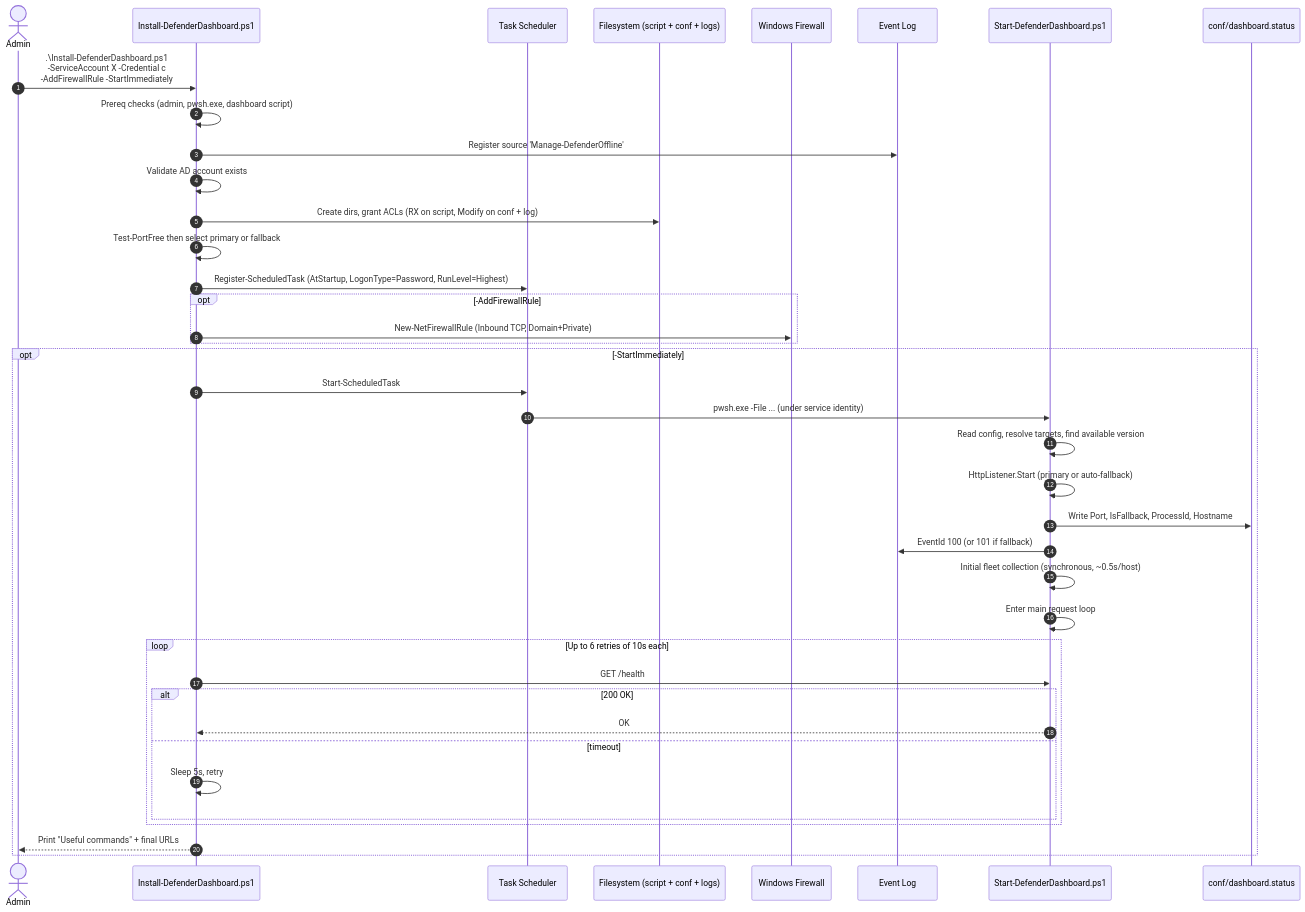
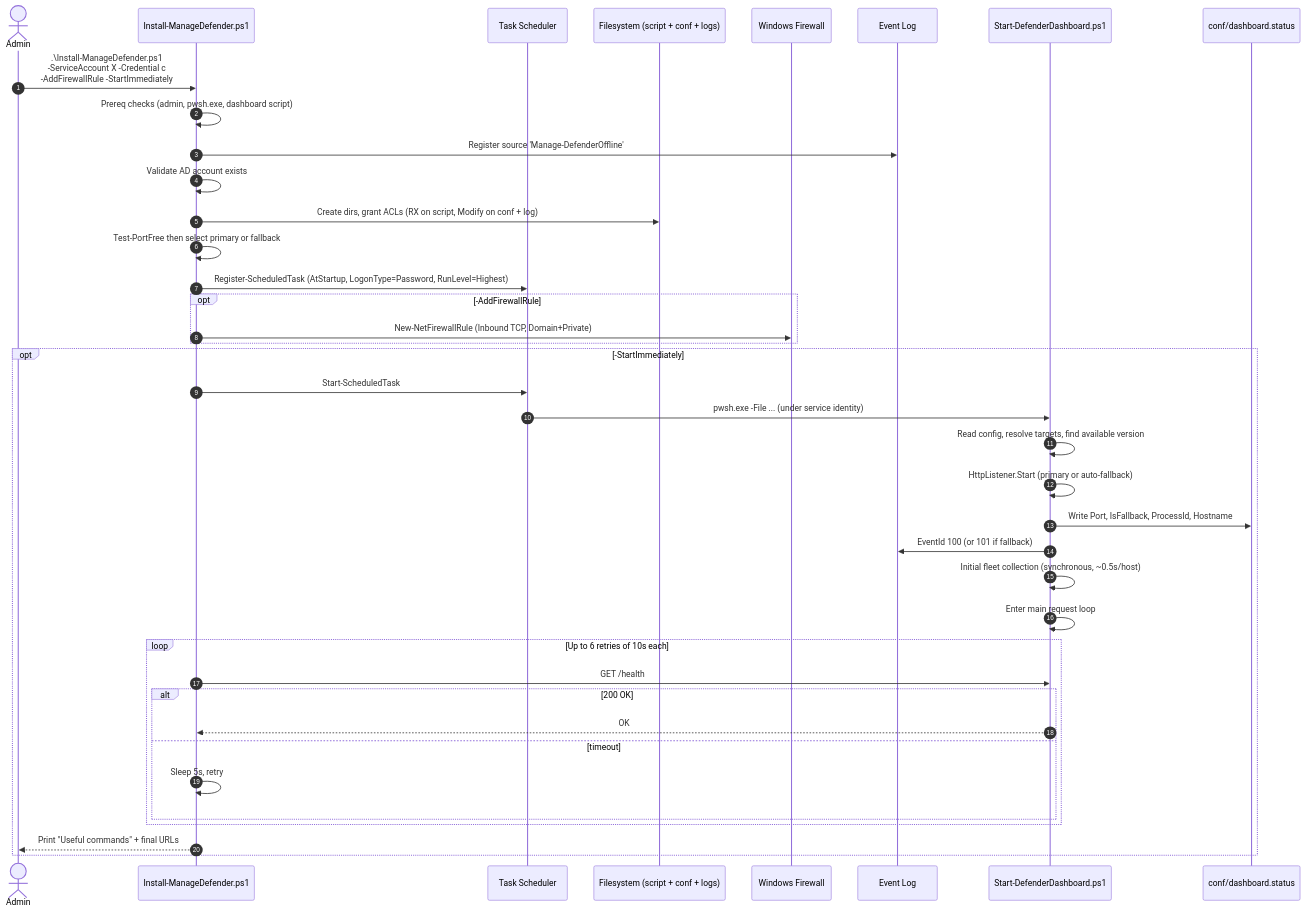
One commit to kismetgerald/Manage-DefenderOffline changed the third of 5 diagrams in ARCHITECTURE.md. Above: the diagram before and after it, drawn with Mermaid. The commit also changed other lines of this file and 12 other files, not shown here.

````diff
--- a/ARCHITECTURE.md
+++ b/ARCHITECTURE.md
@@ -161,42 +161,42 @@
 ```mermaid
 sequenceDiagram
     autonumber
     actor Admin
-    participant Installer as Install-DefenderDashboard.ps1
+    participant Installer as Install-ManageDefender.ps1
     participant TS as Task Scheduler
     participant FS as Filesystem (script + conf + logs)
     participant FW as Windows Firewall
     participant EL as Event Log
     participant Dashboard as Start-DefenderDashboard.ps1
     participant Status as conf/dashboard.status
 
-    Admin->>Installer: .\Install-DefenderDashboard.ps1<br/>-ServiceAccount X -Credential c<br/>-AddFirewallRule -StartImmediately
+    Admin->>Installer: .\Install-ManageDefender.ps1<br/>-ServiceAccount X -Credential c<br/>-AddFirewallRule -StartImmediately
     Installer->>Installer: Prereq checks (admin, pwsh.exe, dashboard script)
     Installer->>EL: Register source 'Manage-DefenderOffline'
     Installer->>Installer: Validate AD account exists
     Installer->>FS: Create dirs, grant ACLs (RX on script, Modify on conf + log)
     Installer->>Installer: Test-PortFree then select primary or fallback
     Installer->>TS: Register-ScheduledTask (AtStartup, LogonType=Password, RunLevel=Highest)
     opt -AddFirewallRule
         Installer->>FW: New-NetFirewallRule (Inbound TCP, Domain+Private)
     end
     opt -StartImmediately
         Installer->>TS: Start-ScheduledTask
         TS->>Dashboard: pwsh.exe -File ... (under service identity)
         Dashboard->>Dashboard: Read config, resolve targets, find available version
         Dashboard->>Dashboard: HttpListener.Start (primary or auto-fallback)
         Dashboard->>Status: Write Port, IsFallback, ProcessId, Hostname
         Dashboard->>EL: EventId 100 (or 101 if fallback)
         Dashboard->>Dashboard: Initial fleet collection (synchronous, ~0.5s/host)
         Dashboard->>Dashboard: Enter main request loop
         loop Up to 6 retries of 10s each
             Installer->>Dashboard: GET /health
             alt 200 OK
                 Dashboard-->>Installer: OK
             else timeout
                 Installer->>Installer: Sleep 5s, retry
             end
         end
         Installer-->>Admin: Print "Useful commands" + final URLs
     end
 ```
````
